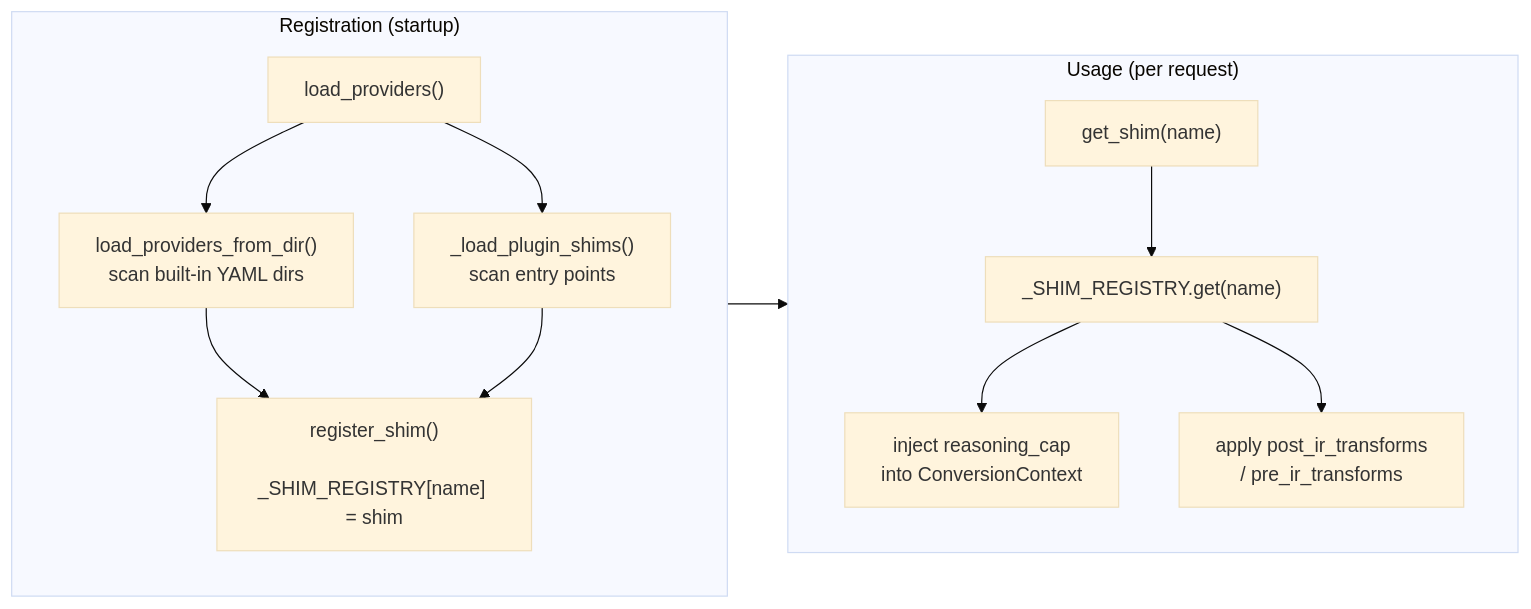
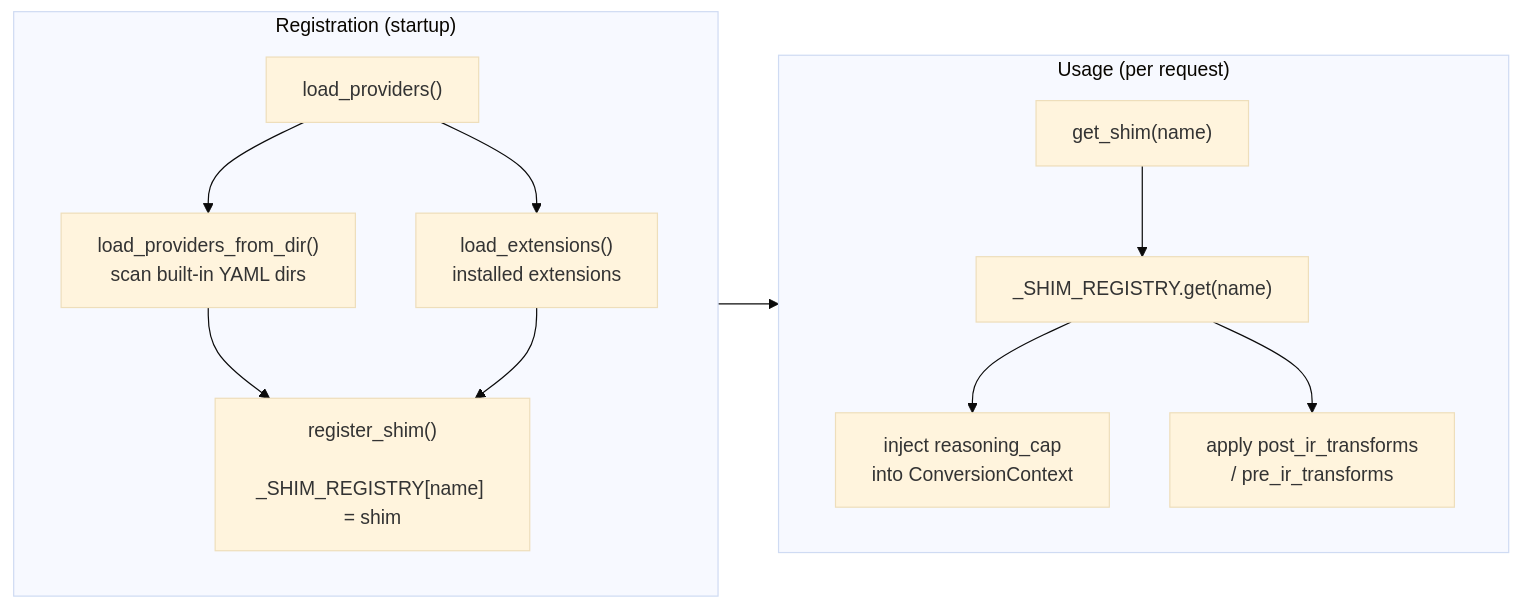
One commit to Oaklight/llm-rosetta changed the first of 2 diagrams in docs/guide/shims.md. Above: the diagram before and after it, drawn with Mermaid (base theme). The commit also changed other lines of this file and 25 other files, not shown here.

````diff
--- a/docs/guide/shims.md
+++ b/docs/guide/shims.md
@@ -470,24 +437,24 @@
 ```mermaid
 flowchart LR
     subgraph Registration["Registration (startup)"]
         direction TB
         A["load_providers()"] --> B["load_providers_from_dir()
         scan built-in YAML dirs"]
-        A --> C["_load_plugin_shims()
-        scan entry points"]
+        A --> C["load_extensions()
+        installed extensions"]
         B --> D["register_shim()
         _SHIM_REGISTRY[name] = shim"]
         C --> D
     end
 
     subgraph Usage["Usage (per request)"]
         direction TB
         E["get_shim(name)"] --> F["_SHIM_REGISTRY.get(name)"]
         F --> G["inject reasoning_cap
         into ConversionContext"]
         F --> H["apply post_ir_transforms
         / pre_ir_transforms"]
     end
 
     Registration --> Usage
 ```
````
